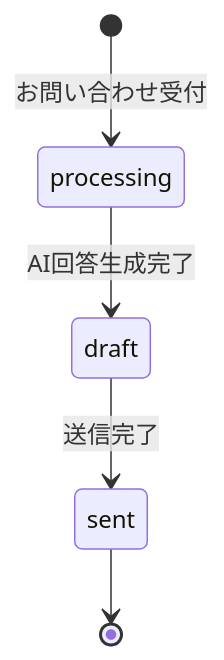
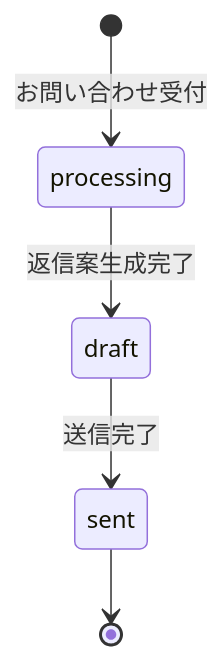
One commit to akiueno/llm-app-evals-book changed the fifth of 5 diagrams in starter/docs/spec.md. Above: the diagram before and after it, drawn with Mermaid. The commit also changed other lines of this file and 24 other files, not shown here.

````diff
--- a/starter/docs/spec.md
+++ b/starter/docs/spec.md
@@ -503,7 +503,7 @@
 ```mermaid
 stateDiagram-v2
   [*] --> processing: お問い合わせ受付
-  processing --> draft: AI回答生成完了
+  processing --> draft: 返信案生成完了
   draft --> sent: 送信完了
   sent --> [*]
 ```
````
